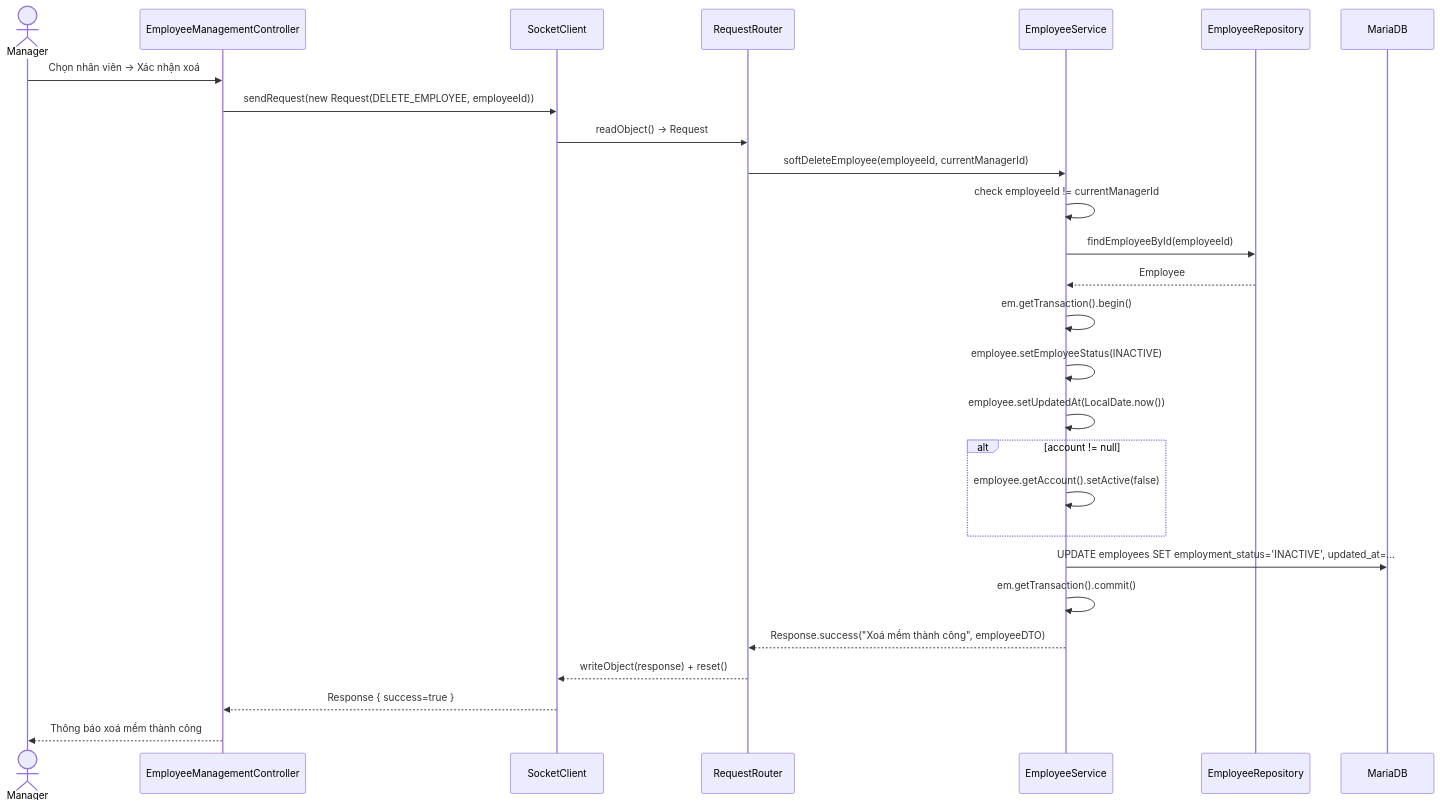
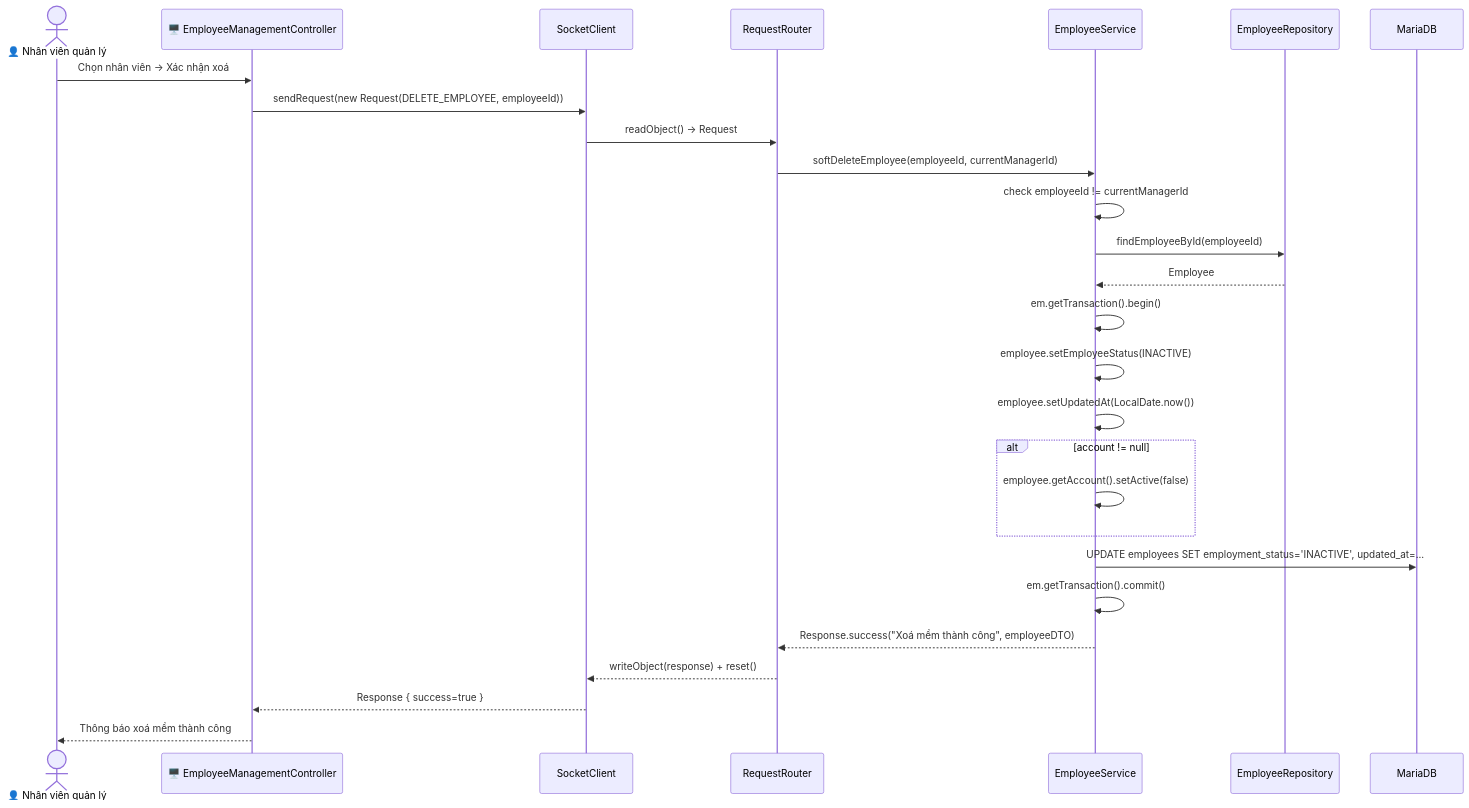
Before and after one commit to Distributed-Programing-Project/railway-reservation-system-server: the fourth of 7 diagrams in docs/diagrams/sequence/uc013-quan-ly-nhan-vien.md, drawn with Mermaid. The commit also changed other lines of this file and 1 other file, not shown here.

First line of the commit message:
fix(diagram): add User layer and align actor names across uc005 and uc013 sequences

````diff
--- a/docs/diagrams/sequence/uc013-quan-ly-nhan-vien.md
+++ b/docs/diagrams/sequence/uc013-quan-ly-nhan-vien.md
@@ -127,30 +128,30 @@
 ```mermaid
 sequenceDiagram
-    actor Manager
-    participant UI as EmployeeManagementController
+    actor User as 👤 Nhân viên quản lý
+    participant UI as 🖥️ EmployeeManagementController
     participant SC as SocketClient
     participant Router as RequestRouter
     participant Svc as EmployeeService
     participant Repo as EmployeeRepository
     participant DB as MariaDB
 
-    Manager->>UI: Chọn nhân viên → Xác nhận xoá
+    User->>UI: Chọn nhân viên → Xác nhận xoá
     UI->>SC: sendRequest(new Request(DELETE_EMPLOYEE, employeeId))
     SC->>Router: readObject() → Request
     Router->>Svc: softDeleteEmployee(employeeId, currentManagerId)
     Svc->>Svc: check employeeId != currentManagerId
     Svc->>Repo: findEmployeeById(employeeId)
     Repo-->>Svc: Employee
     Svc->>Svc: em.getTransaction().begin()
     Svc->>Svc: employee.setEmployeeStatus(INACTIVE)
     Svc->>Svc: employee.setUpdatedAt(LocalDate.now())
     alt account != null
         Svc->>Svc: employee.getAccount().setActive(false)
     end
     Svc->>DB: UPDATE employees SET employment_status='INACTIVE', updated_at=...
     Svc->>Svc: em.getTransaction().commit()
     Svc-->>Router: Response.success("Xoá mềm thành công", employeeDTO)
     Router-->>SC: writeObject(response) + reset()
     SC-->>UI: Response { success=true }
-    UI-->>Manager: Thông báo xoá mềm thành công
+    UI-->>User: Thông báo xoá mềm thành công
 ```
````
